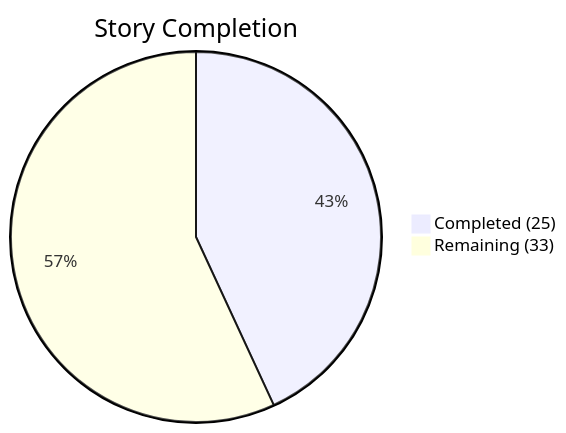
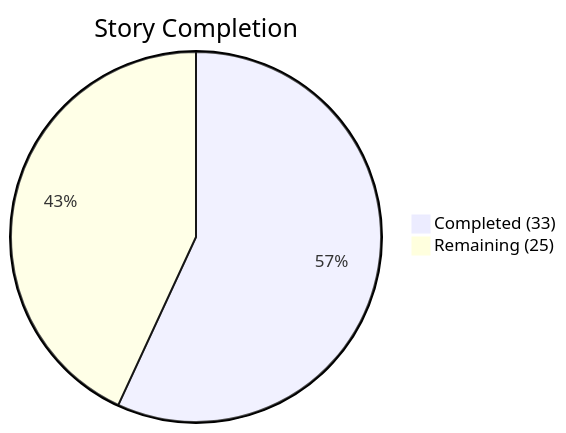
One commit to artemsemdev/SeaRise-Europe changed the first of 2 diagrams in docs/delivery/ROADMAP.md. Above: the diagram before and after it, drawn with Mermaid. The commit also changed other lines of this file and 37 other files, not shown here.

Commit message:
feat: Epic 05 Frontend Shell and Search Flow implemented

````diff
--- a/docs/delivery/ROADMAP.md
+++ b/docs/delivery/ROADMAP.md
@@ -24,5 +24,5 @@
 ```mermaid
 pie title Story Completion
-    "Completed (25)" : 25
-    "Remaining (33)" : 33
+    "Completed (33)" : 33
+    "Remaining (25)" : 25
 ```
````
